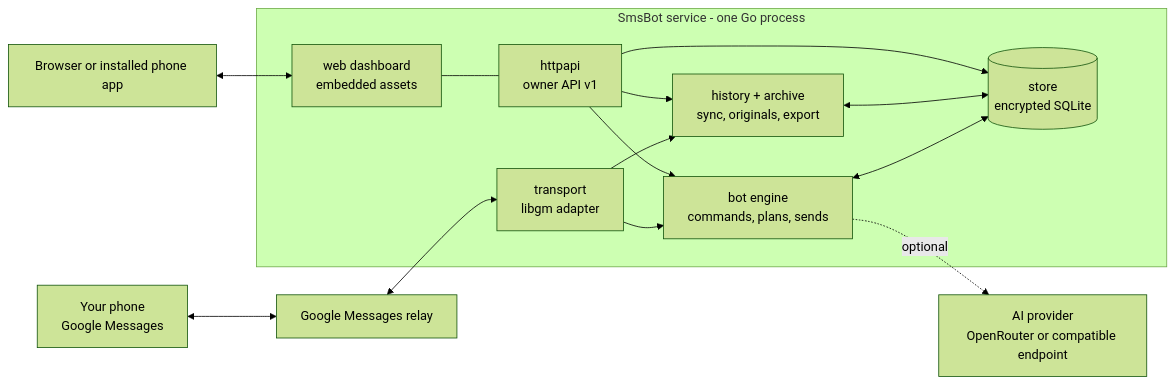
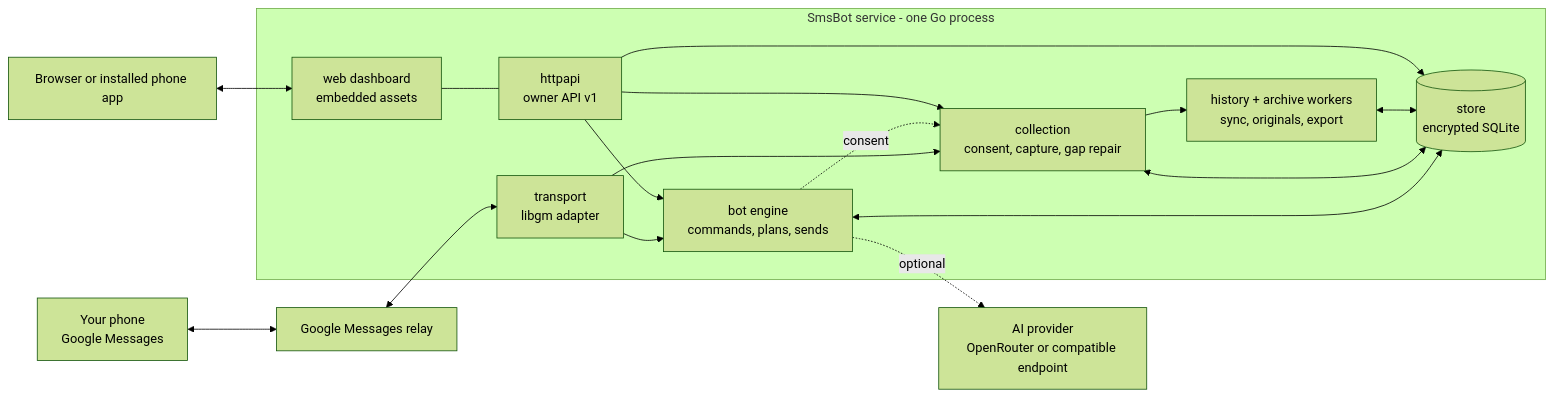
One commit to deusical/smsbot-server changed the diagram in docs/dev/ARCHITECTURE.md. Above: the diagram before and after it, drawn with Mermaid (forest theme). The commit also changed other lines of this file and 43 other files, not shown here.

````diff
--- a/docs/dev/ARCHITECTURE.md
+++ b/docs/dev/ARCHITECTURE.md
@@ -7,17 +7,20 @@
 ```mermaid
 flowchart LR
   Phone[Your phone<br/>Google Messages] <--> Google[Google Messages relay]
   Google <--> T[transport<br/>libgm adapter]
   subgraph Service[SmsBot service - one Go process]
     T --> B[bot engine<br/>commands, plans, sends]
-    T --> H[history + archive<br/>sync, originals, export]
+    T --> C[collection<br/>consent, capture, gap repair]
+    C --> H[history + archive workers<br/>sync, originals, export]
+    B -. consent .-> C
     B <--> S[(store<br/>encrypted SQLite)]
+    C <--> S
     H <--> S
     A[httpapi<br/>owner API v1] --> B
-    A --> H
+    A --> C
     A --> S
     W[web dashboard<br/>embedded assets] --- A
   end
   Browser[Browser or installed phone app] <--> W
   B -. optional .-> P[AI provider<br/>OpenRouter or compatible endpoint]
 ```
````
